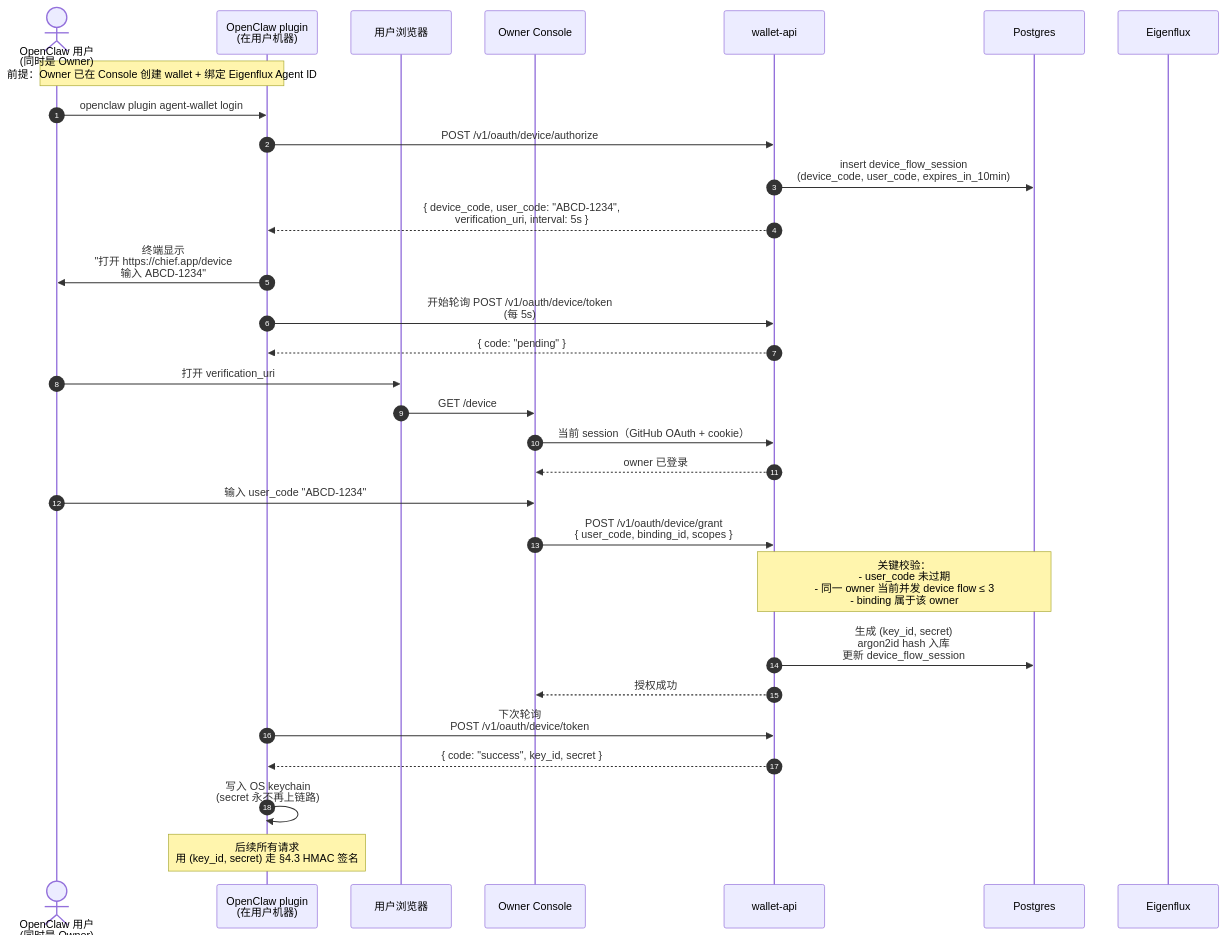
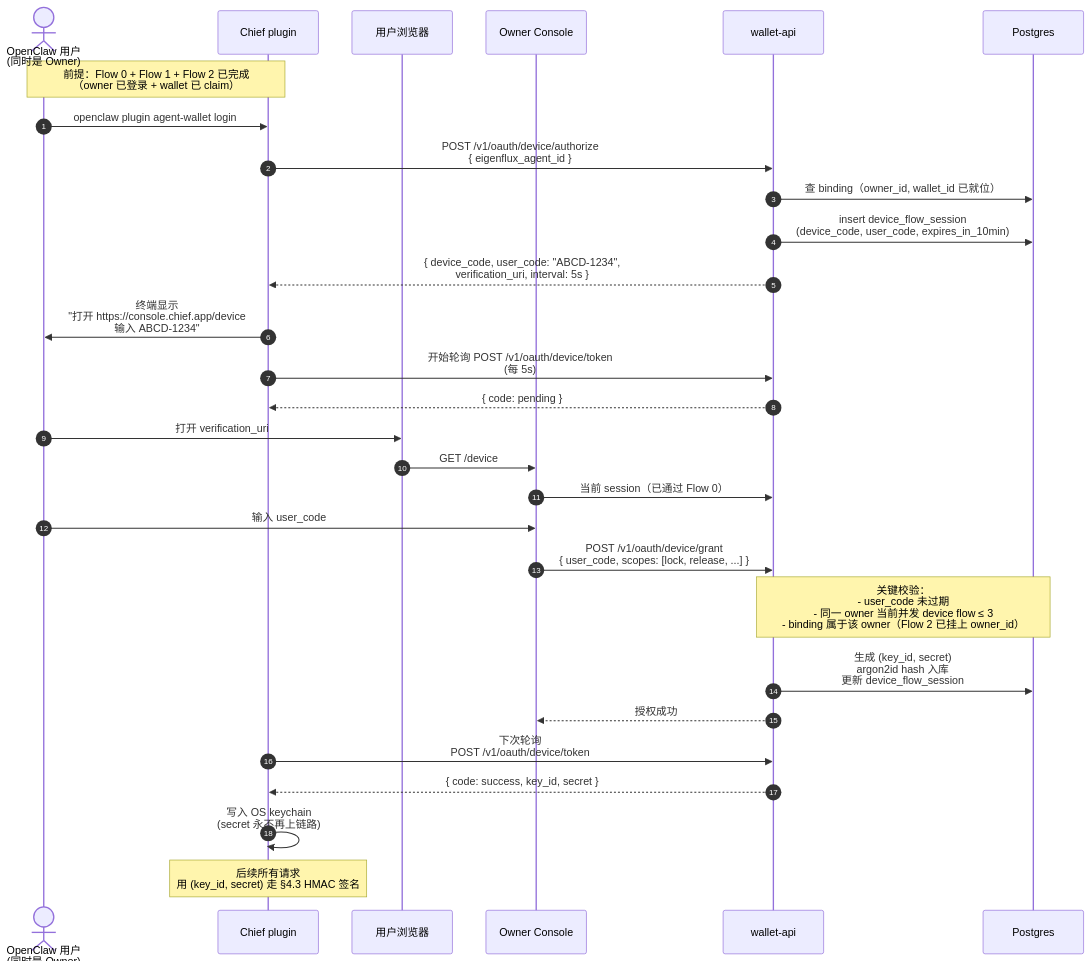
Before and after one commit to arthurxuwei/OntologyAgent: the fourth of 7 diagrams in docs/architecture/04-flows.md, drawn with Mermaid. The commit also changed other lines of this file, not shown here.

Commit message:
docs: 调整流程图

````diff
--- a/docs/architecture/04-flows.md
+++ b/docs/architecture/04-flows.md
@@ -15,40 +230,39 @@
 ```mermaid
 sequenceDiagram
     autonumber
     actor User as OpenClaw 用户<br/>(同时是 Owner)
-    participant Plugin as OpenClaw plugin<br/>(在用户机器)
+    participant Plugin as Chief plugin
     participant Browser as 用户浏览器
     participant Console as Owner Console
     participant WAPI as wallet-api
     participant PG as Postgres
-    participant EFX as Eigenflux
 
-    Note over User,Plugin: 前提：Owner 已在 Console 创建 wallet + 绑定 Eigenflux Agent ID
+    Note over User,Plugin: 前提：Flow 0 + Flow 1 + Flow 2 已完成<br/>（owner 已登录 + wallet 已 claim）
 
     User->>Plugin: openclaw plugin agent-wallet login
-    Plugin->>WAPI: POST /v1/oauth/device/authorize
+    Plugin->>WAPI: POST /v1/oauth/device/authorize<br/>{ eigenflux_agent_id }
+    WAPI->>PG: 查 binding（owner_id, wallet_id 已就位）
     WAPI->>PG: insert device_flow_session<br/>(device_code, user_code, expires_in_10min)
     WAPI-->>Plugin: { device_code, user_code: "ABCD-1234",<br/>verification_uri, interval: 5s }
 
-    Plugin->>User: 终端显示<br/>"打开 https://chief.app/device<br/>输入 ABCD-1234"
+    Plugin->>User: 终端显示<br/>"打开 https://console.chief.app/device<br/>输入 ABCD-1234"
     Plugin->>WAPI: 开始轮询 POST /v1/oauth/device/token<br/>(每 5s)
-    WAPI-->>Plugin: { code: "pending" }
+    WAPI-->>Plugin: { code: pending }
 
     User->>Browser: 打开 verification_uri
     Browser->>Console: GET /device
-    Console->>WAPI: 当前 session（GitHub OAuth + cookie）
-    WAPI-->>Console: owner 已登录
-    User->>Console: 输入 user_code "ABCD-1234"
-    Console->>WAPI: POST /v1/oauth/device/grant<br/>{ user_code, binding_id, scopes }
+    Console->>WAPI: 当前 session（已通过 Flow 0）
+    User->>Console: 输入 user_code
+    Console->>WAPI: POST /v1/oauth/device/grant<br/>{ user_code, scopes: [lock, release, ...] }
 
-    Note over WAPI,PG: 关键校验：<br/>- user_code 未过期<br/>- 同一 owner 当前并发 device flow ≤ 3<br/>- binding 属于该 owner
+    Note over WAPI,PG: 关键校验：<br/>- user_code 未过期<br/>- 同一 owner 当前并发 device flow ≤ 3<br/>- binding 属于该 owner（Flow 2 已挂上 owner_id）
 
     WAPI->>PG: 生成 (key_id, secret)<br/>argon2id hash 入库<br/>更新 device_flow_session
     WAPI-->>Console: 授权成功
 
     Plugin->>WAPI: 下次轮询<br/>POST /v1/oauth/device/token
-    WAPI-->>Plugin: { code: "success", key_id, secret }
+    WAPI-->>Plugin: { code: success, key_id, secret }
     Plugin->>Plugin: 写入 OS keychain<br/>(secret 永不再上链路)
 
     Note over Plugin: 后续所有请求<br/>用 (key_id, secret) 走 §4.3 HMAC 签名
 ```
````
